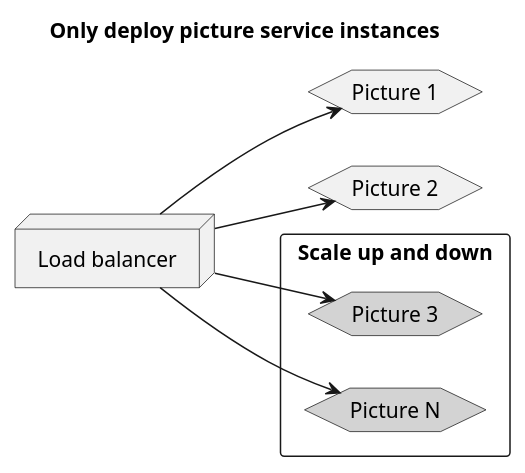
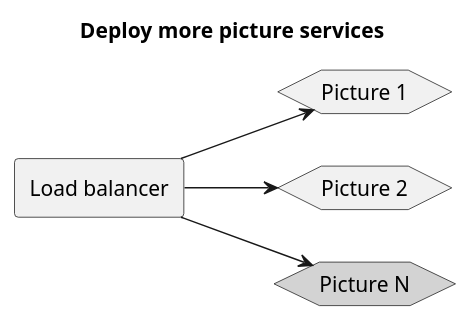
The fourth of 8 diagrams in BuildingMicroservices2nd/01.adoc (grierson/books), drawn with PlantUML before and after one commit. The commit also changed other lines of this file and 1 other file, not shown here.

```diff
--- a/BuildingMicroservices2nd/01.adoc
+++ b/BuildingMicroservices2nd/01.adoc
@@ -103,20 +106,16 @@
 [plantuml]
 ----
 @startuml
-title Only deploy picture service instances
+title Deploy more picture services
 
 left to right direction
 hexagon picture1 as "Picture 1"
 hexagon picture2 as "Picture 2"
-rectangle extras as "Scale up and down" {
-    hexagon picture3 as "Picture 3" #lightgrey
-    hexagon picturen as "Picture N" #lightgrey
-}
-node lb as "Load balancer"
+hexagon picturen as "Picture N" #lightgrey
+rectangle lb as "Load balancer"
 
 lb --> picture1
 lb --> picture2
-lb --> picture3
 lb --> picturen
 @enduml
 ----
```
